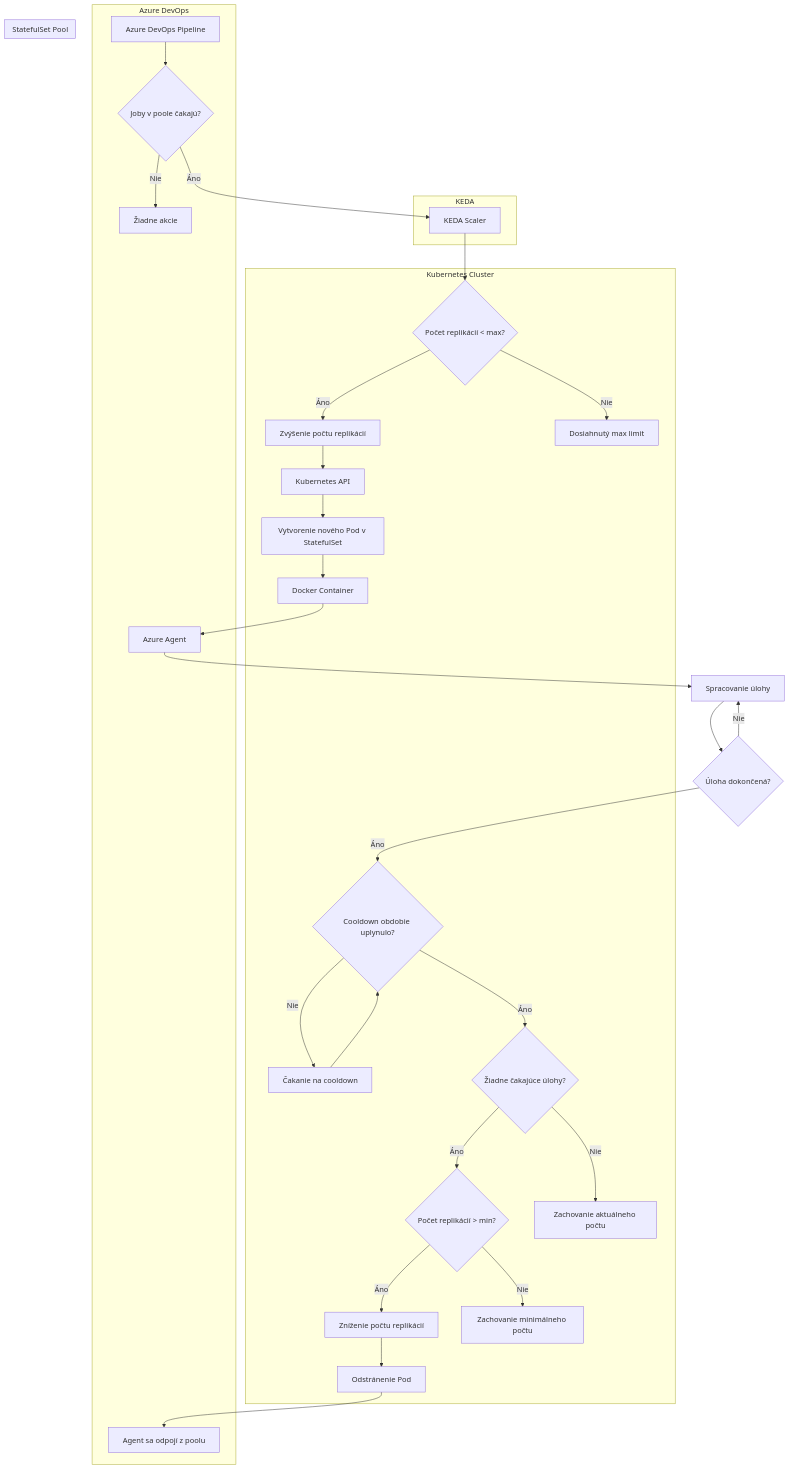
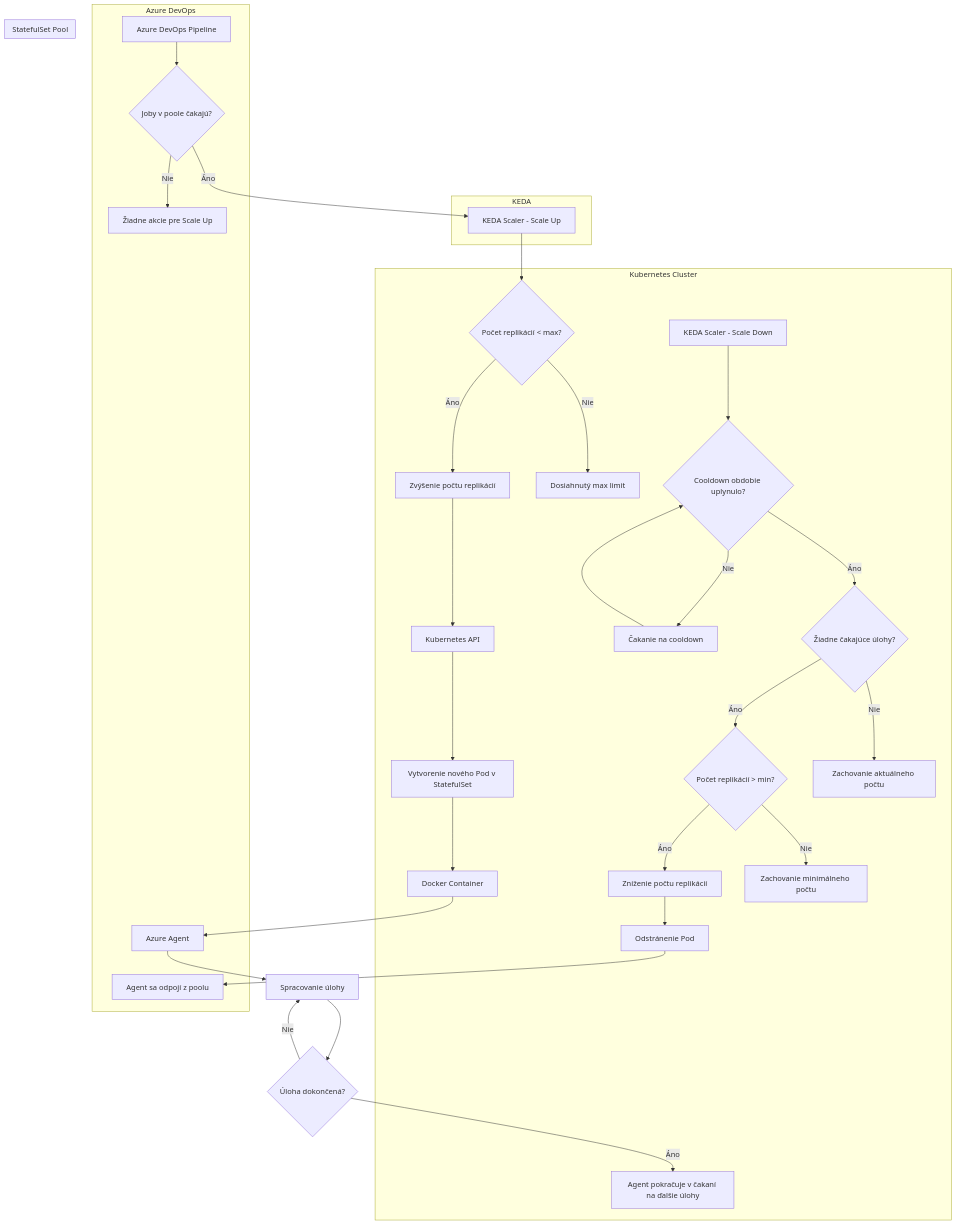
The diagram in linuxmachine/user-documentation.md (motycak/kros-sk.github.io), drawn with Mermaid before and after one commit.

````diff
--- a/linuxmachine/user-documentation.md
+++ b/linuxmachine/user-documentation.md
@@ -39,65 +39,70 @@
 ```mermaid
 flowchart TD
     A[Azure DevOps Pipeline] --> B{Joby v poole čakajú?}
-    B -->|Áno| C[KEDA Scaler]
-    B -->|Nie| D[Žiadne akcie]
+    B -->|Áno| C[KEDA Scaler - Scale Up]
+    B -->|Nie| D[Žiadne akcie pre Scale Up]
     
     C --> F{Počet replikácií < max?}
     F -->|Áno| G[Zvýšenie počtu replikácií]
     F -->|Nie| H[Dosiahnutý max limit]
     
     G --> I[Kubernetes API]
     I --> J[Vytvorenie nového Pod v StatefulSet]
     J --> K[Docker Container]
     K --> L[Azure Agent]
     L --> M[Spracovanie úlohy]
     
     M --> N{Úloha dokončená?}
     N -->|Nie| M
-    N -->|Áno| O{Cooldown obdobie uplynulo?}
+    N -->|Áno| O[Agent pokračuje v čakaní na ďalšie úlohy]
     
-    O -->|Nie| P[Čakanie na cooldown]
-    P --> O
-    O -->|Áno| Q{Žiadne čakajúce úlohy?}
-    Q -->|Áno| R{Počet replikácií > min?}
-    R -->|Áno| S[Zníženie počtu replikácií]
-    R -->|Nie| T[Zachovanie minimálneho počtu]
-    Q -->|Nie| U[Zachovanie aktuálneho počtu]
+    %% Paralelná kontrola pre škálovanie nadol
+    P[KEDA Scaler - Scale Down] --> Q{Cooldown obdobie uplynulo?}
+    Q -->|Nie| R[Čakanie na cooldown]
+    R --> Q
+    Q -->|Áno| S{Žiadne čakajúce úlohy?}
+    S -->|Áno| T{Počet replikácií > min?}
+    T -->|Áno| U[Zníženie počtu replikácií]
+    T -->|Nie| V[Zachovanie minimálneho počtu]
+    S -->|Nie| W[Zachovanie aktuálneho počtu]
     
-    S --> V[Odstránenie Pod]
-    V --> W[Agent sa odpojí z poolu]
+    U --> X[Odstránenie Pod]
+    X --> Y[Agent sa odpojí z poolu]
     
     subgraph "Kubernetes Cluster"
         F
         G
         H
         I
         J
         K
         O
         P
         Q
         R
         S
         T
         U
         V
+        W
+        X
     end
     
     subgraph "Azure DevOps"
         A
         B
         D
         L
-        W
+        Y
     end
     
     subgraph "KEDA"
         C
+        P
     end
     
     subgraph "StatefulSet Pool"
         J
-        V
+        X
     end
 ```
````
